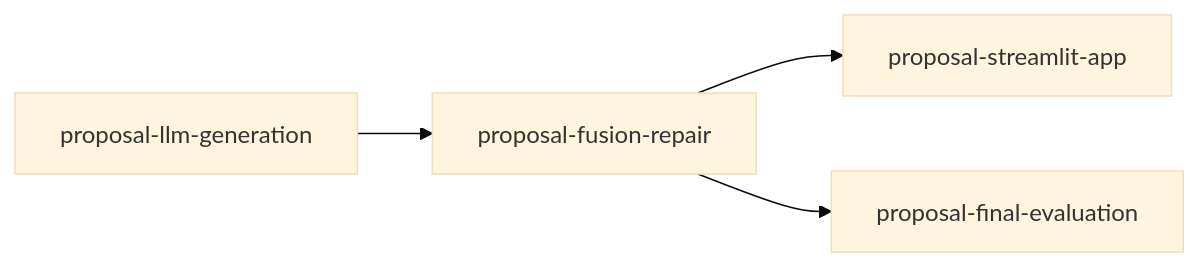
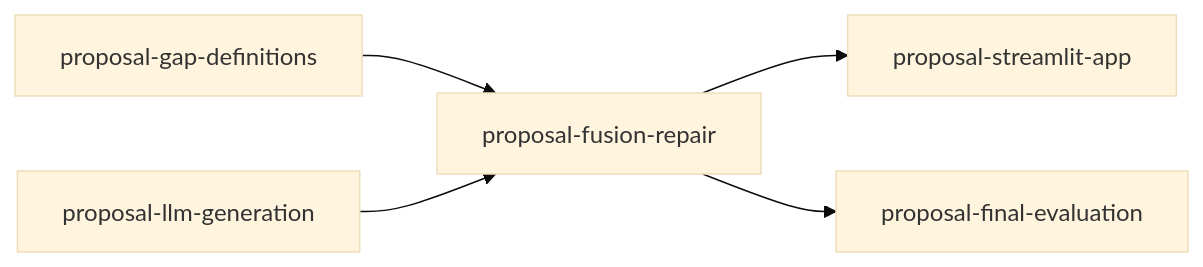
Before and after one commit to joe-dartmouth/synthetic: the diagram in tasks/proposal-index.md, drawn with Mermaid (base theme). The commit also changed other lines of this file and 22 other files, not shown here.

````diff
--- a/tasks/proposal-index.md
+++ b/tasks/proposal-index.md
@@ -17,6 +18,7 @@
 ```mermaid
 flowchart LR
+    gap_definitions[proposal-gap-definitions] --> fusion_repair[proposal-fusion-repair]
     llm_generation[proposal-llm-generation] --> fusion_repair[proposal-fusion-repair]
     fusion_repair[proposal-fusion-repair] --> streamlit_app[proposal-streamlit-app]
     fusion_repair[proposal-fusion-repair] --> final_evaluation[proposal-final-evaluation]
 ```
````
